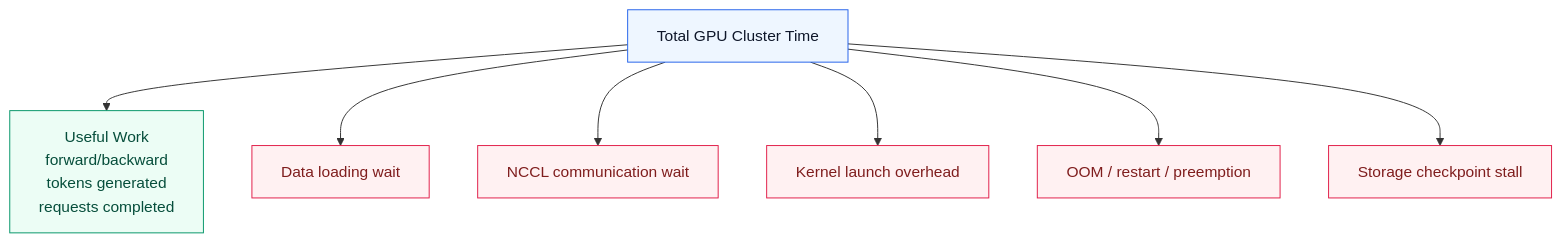
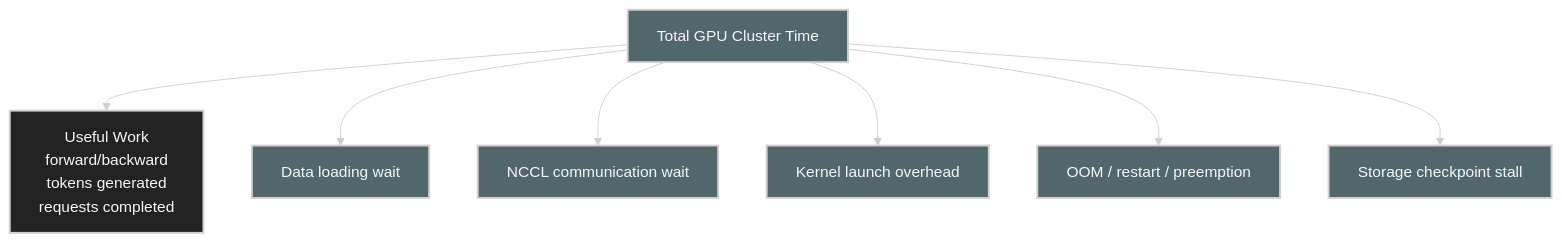
Before and after one commit to ziwon/ai-data-center-network: the third of 9 diagrams in ai-system-performance-engineering/chap01/README.md, drawn with Mermaid. The commit also changed other lines of this file and 35 other files, not shown here.

Commit message:
docs(mermaid): apply dark diagram style

````diff
--- a/ai-system-performance-engineering/chap01/README.md
+++ b/ai-system-performance-engineering/chap01/README.md
@@ -164,23 +166,24 @@
 ```mermaid
+%%{init: {"theme": "base", "themeVariables": {"background": "#171717", "primaryColor": "#232323", "primaryTextColor": "#f5f5f5", "primaryBorderColor": "#d0d0d0", "lineColor": "#cfcfcf", "fontFamily": "Inter, Arial, sans-serif"}}}%%
 flowchart TB
-    classDef useful fill:#ecfdf5,stroke:#059669,color:#064e3b
-    classDef waste fill:#fff1f2,stroke:#e11d48,color:#7f1d1d
-    classDef total fill:#eef6ff,stroke:#2563eb,color:#0f172a
+    classDef useful fill:#232323,stroke:#d0d0d0,color:#f5f5f5,stroke-width:2px;
+    classDef waste fill:#52676b,stroke:#d0d0d0,color:#f5f5f5,stroke-width:2px;
+    classDef total fill:#52676b,stroke:#d0d0d0,color:#f5f5f5,stroke-width:2px;
 
     TOTAL[Total GPU Cluster Time]:::total
 
     USEFUL[Useful Work<br/>forward/backward<br/>tokens generated<br/>requests completed]:::useful
 
     W1[Data loading wait]:::waste
     W2[NCCL communication wait]:::waste
     W3[Kernel launch overhead]:::waste
     W4[OOM / restart / preemption]:::waste
     W5[Storage checkpoint stall]:::waste
 
     TOTAL --> USEFUL
     TOTAL --> W1
     TOTAL --> W2
     TOTAL --> W3
     TOTAL --> W4
     TOTAL --> W5
 ```
````
